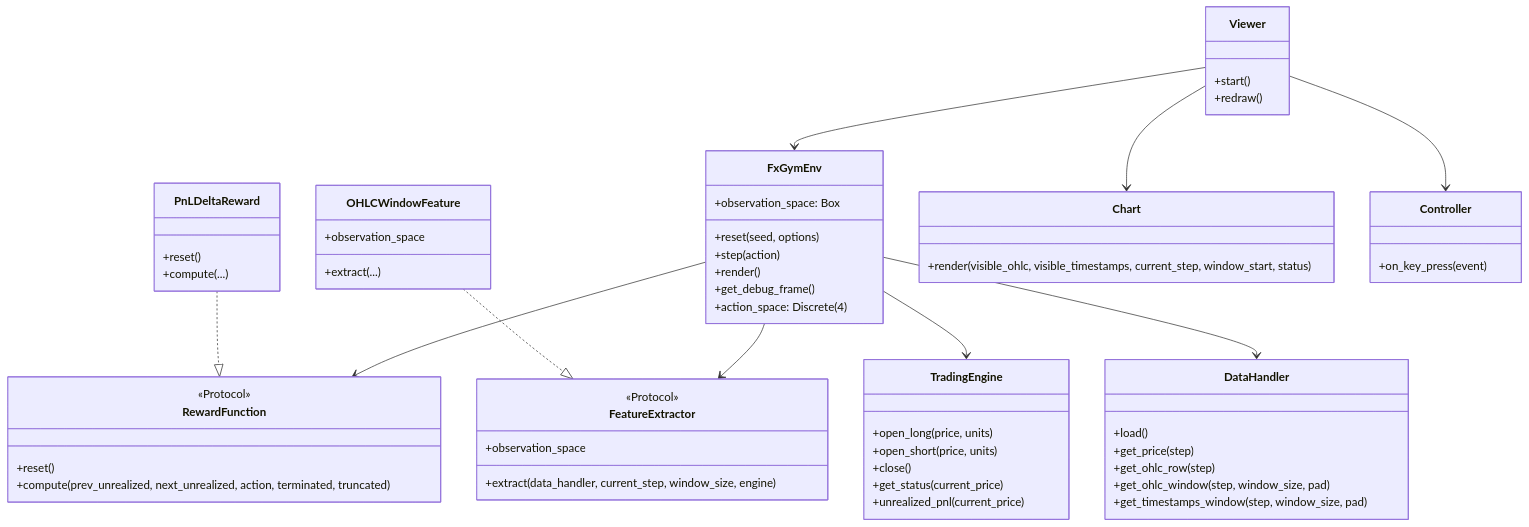
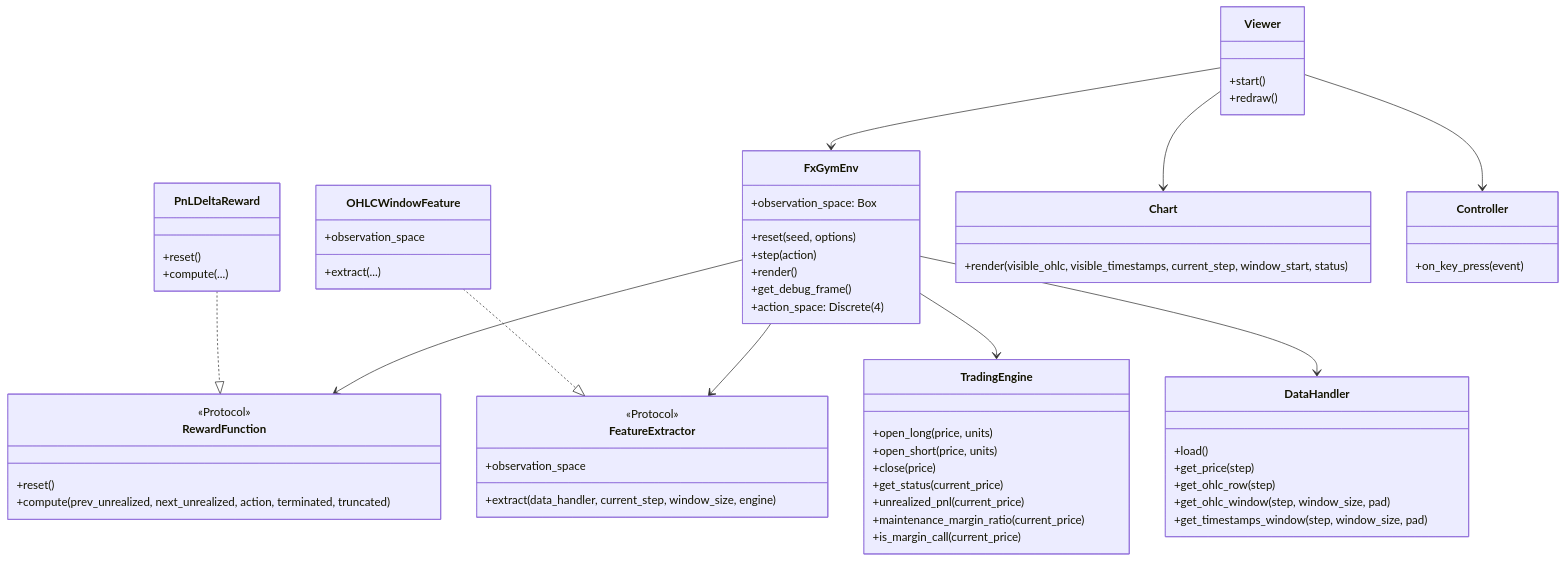
Before and after one commit to koretty/fx-trading-env: the diagram in docs/class_diagram.md, drawn with Mermaid. The commit also changed 9 other files, not shown here.

````diff
--- a/docs/class_diagram.md
+++ b/docs/class_diagram.md
@@ -5,72 +5,74 @@
 ```mermaid
 classDiagram
     class DataHandler {
         +load()
         +get_price(step)
         +get_ohlc_row(step)
         +get_ohlc_window(step, window_size, pad)
         +get_timestamps_window(step, window_size, pad)
     }
 
     class TradingEngine {
         +open_long(price, units)
         +open_short(price, units)
-        +close()
+        +close(price)
         +get_status(current_price)
         +unrealized_pnl(current_price)
+        +maintenance_margin_ratio(current_price)
+        +is_margin_call(current_price)
     }
 
     class FeatureExtractor {
         <<Protocol>>
         +observation_space
         +extract(data_handler, current_step, window_size, engine)
     }
 
     class OHLCWindowFeature {
         +observation_space
         +extract(...)
     }
 
     class RewardFunction {
         <<Protocol>>
         +reset()
         +compute(prev_unrealized, next_unrealized, action, terminated, truncated)
     }
 
     class PnLDeltaReward {
         +reset()
         +compute(...)
     }
 
     class FxGymEnv {
         +reset(seed, options)
         +step(action)
         +render()
         +get_debug_frame()
         +action_space: Discrete(4)
         +observation_space: Box
     }
 
     class Chart {
         +render(visible_ohlc, visible_timestamps, current_step, window_start, status)
     }
 
     class Controller {
         +on_key_press(event)
     }
 
     class Viewer {
         +start()
         +redraw()
     }
 
     OHLCWindowFeature ..|> FeatureExtractor
     PnLDeltaReward ..|> RewardFunction
     FxGymEnv --> DataHandler
     FxGymEnv --> TradingEngine
     FxGymEnv --> FeatureExtractor
     FxGymEnv --> RewardFunction
     Viewer --> FxGymEnv
     Viewer --> Chart
     Viewer --> Controller
 ```
````
